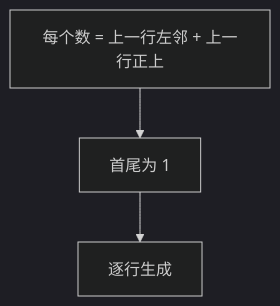
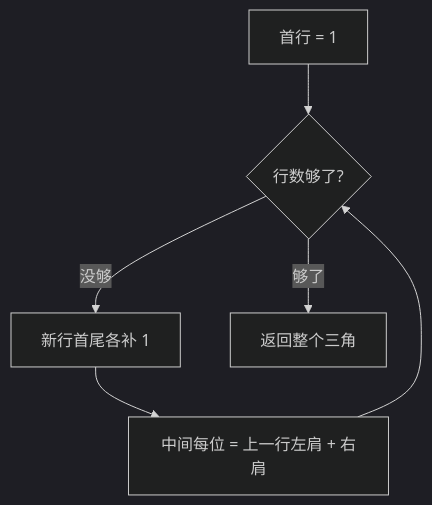
Before and after one commit to OctalZero/hot100-py: the first of 2 diagrams in 16-动态规划/0118-杨辉三角.md, drawn with Mermaid (dark theme). The commit also changed other lines of this file and 117 other files, not shown here.

First line of the commit message:
feat: 全题解配图升级为「动画式 mermaid」（总览骨架 + 横向时间线逐步推演）

````diff
--- a/16-动态规划/0118-杨辉三角.md
+++ b/16-动态规划/0118-杨辉三角.md
@@ -22,5 +22,8 @@
 ```mermaid
 flowchart TD
-    A["每个数 = 上一行左邻 + 上一行正上"] --> B["首尾为 1"]
-    B --> C["逐行生成"]
+    A["首行 = 1"] --> B{"行数够了?"}
+    B -->|"没够"| C["新行首尾各补 1"]
+    C --> D["中间每位 = 上一行左肩 + 右肩"]
+    D --> B
+    B -->|"够了"| E["返回整个三角"]
 ```
````
